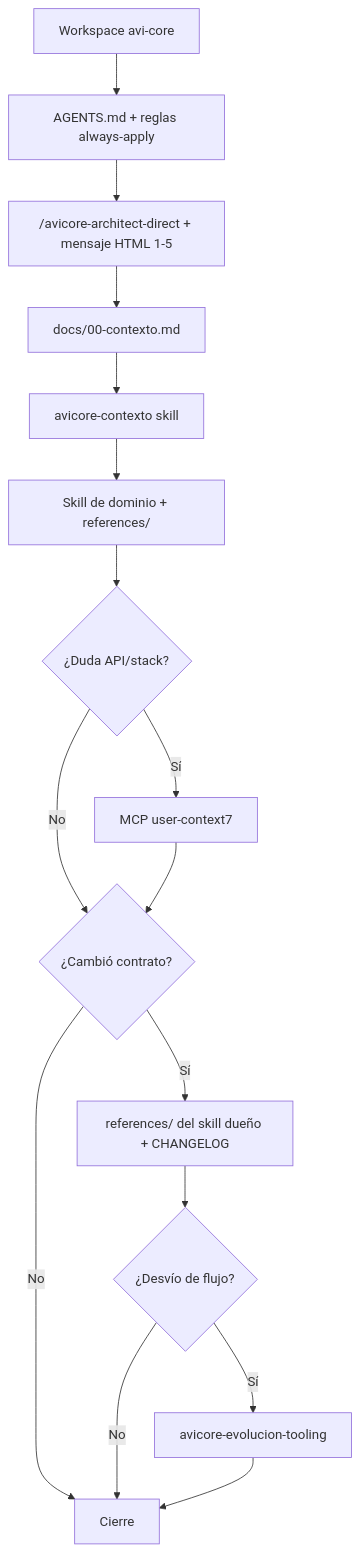
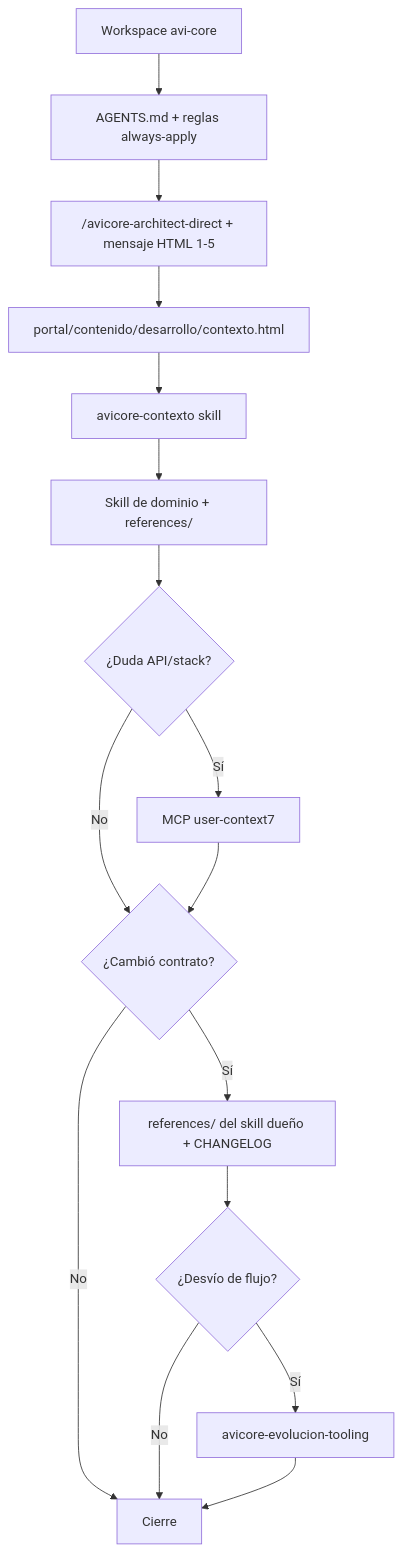
Before and after one commit to MarioB235/avi-core: the diagram in .cursor/README.md, drawn with Mermaid. The commit also changed other lines of this file and 81 other files, not shown here.

````diff
--- a/.cursor/README.md
+++ b/.cursor/README.md
@@ -7,18 +7,18 @@
 ```mermaid
 flowchart TD
     A[Workspace avi-core] --> B[AGENTS.md + reglas always-apply]
     B --> C["/avicore-architect-direct + mensaje HTML 1-5"]
-    C --> D[docs/00-contexto.md]
+    C --> D[portal/contenido/desarrollo/contexto.html]
     D --> E[avicore-contexto skill]
     E --> F[Skill de dominio + references/]
     F --> G{¿Duda API/stack?}
     G -->|Sí| H[MCP user-context7]
     G -->|No| I{¿Cambió contrato?}
     H --> I
     I -->|Sí| J[references/ del skill dueño + CHANGELOG]
     I -->|No| K[Cierre]
     J --> L{¿Desvío de flujo?}
     L -->|Sí| M[avicore-evolucion-tooling]
     L -->|No| K
     M --> K
 ```
````
